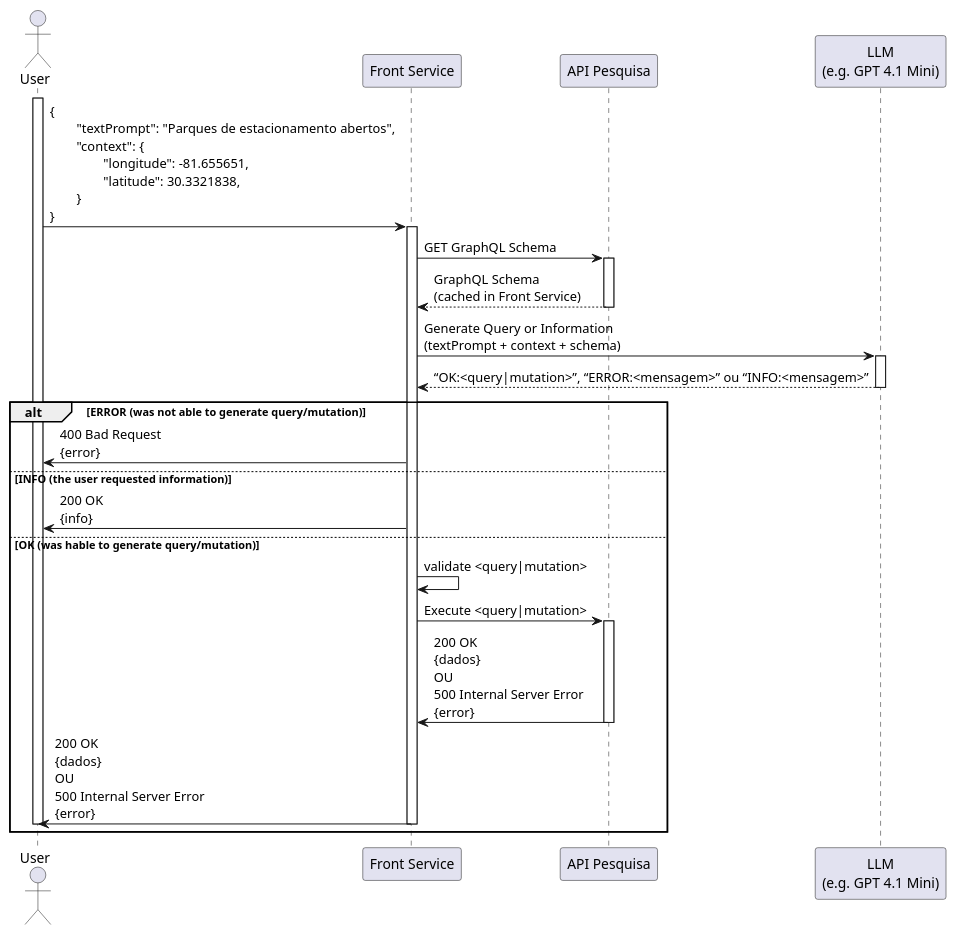
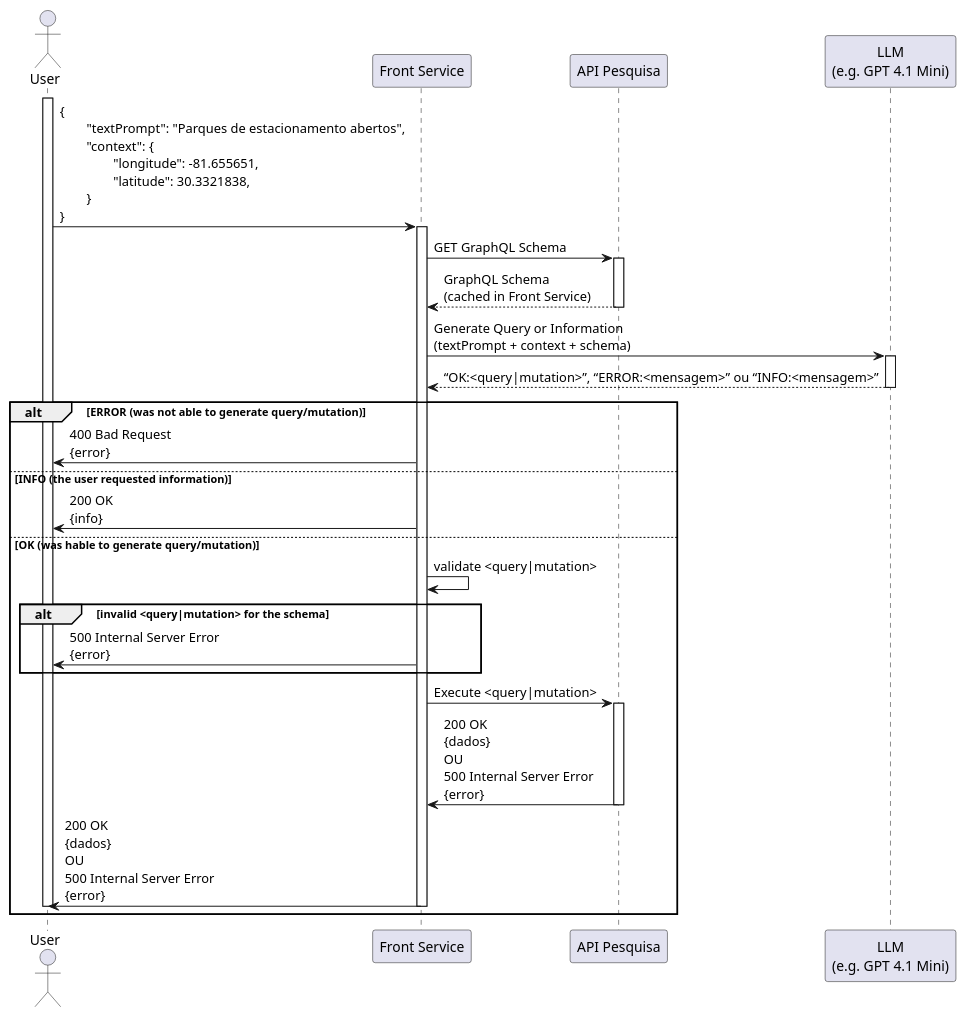
The diagram in docs/sd-front-service.puml (OverHeat7/ai-to-generate-graphql-poc), drawn with PlantUML before and after one commit. The commit also changed 9 other files, not shown here.

```diff
--- a/docs/sd-front-service.puml
+++ b/docs/sd-front-service.puml
@@ -1,31 +1,35 @@
 @startuml
 actor User
 participant "Front Service" as FrontService
 participant "API Pesquisa" as APIPesquisa
 participant "LLM\n(e.g. GPT 4.1 Mini)" as llm
 
 
 activate User
 User -> FrontService: {\n\t"textPrompt": "Parques de estacionamento abertos",\n\t"context": {\n\t\t"longitude": -81.655651,\n\t\t"latitude": 30.3321838,\n\t}\n}
 activate FrontService
 FrontService -> APIPesquisa : GET GraphQL Schema
 activate APIPesquisa
 return GraphQL Schema\n(cached in Front Service)
 FrontService -> llm: Generate Query or Information\n(textPrompt + context + schema)
 activate llm
 return “OK:<query|mutation>”, “ERROR:<mensagem>” ou “INFO:<mensagem>”
 alt ERROR (was not able to generate query/mutation)
     FrontService -> User: 400 Bad Request\n{error}
 else INFO (the user requested information)
     FrontService -> User: 200 OK\n{info}
 else OK (was hable to generate query/mutation)
+
     FrontService -> FrontService: validate <query|mutation>
+    alt invalid <query|mutation> for the schema
+        FrontService -> User: 500 Internal Server Error\n{error}
+    end
     FrontService -> APIPesquisa: Execute <query|mutation>
     activate APIPesquisa
     APIPesquisa -> FrontService: 200 OK\n{dados}\nOU\n500 Internal Server Error\n{error}
     deactivate APIPesquisa
     FrontService -> User: 200 OK\n{dados}\nOU\n500 Internal Server Error\n{error}
     deactivate FrontService
     deactivate User
 end
 @enduml
```
